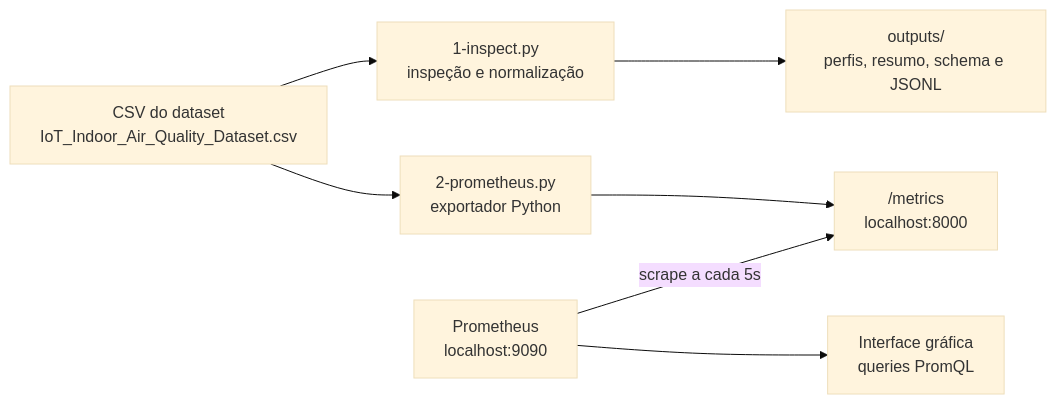
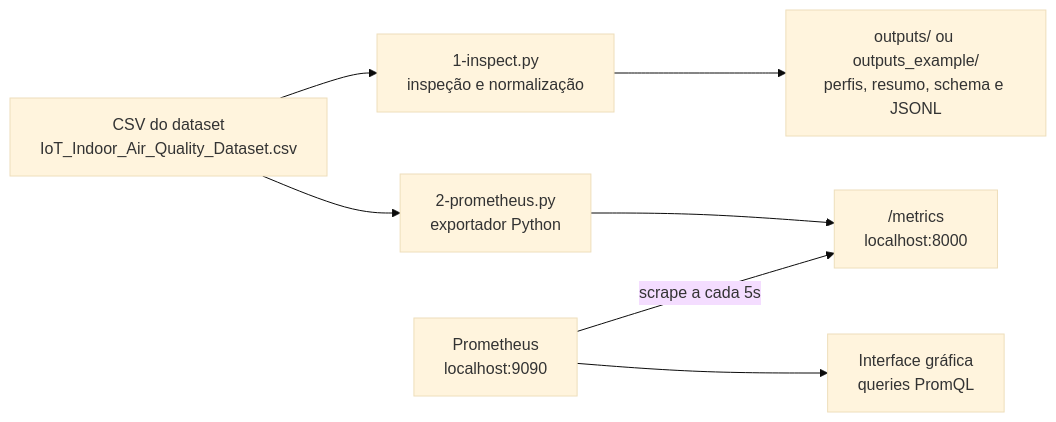
One commit to JunioCesarFerreira/opaIOT_2026 changed the diagram in Modulo_3/Aula_1_datasets/README.md. Above: the diagram before and after it, drawn with Mermaid (base theme). The commit also changed other lines of this file and 2 other files, not shown here.

````diff
--- a/Modulo_3/Aula_1_datasets/README.md
+++ b/Modulo_3/Aula_1_datasets/README.md
@@ -61,17 +62,17 @@
 ```mermaid
 flowchart LR
     CSV["CSV do dataset<br/>IoT_Indoor_Air_Quality_Dataset.csv"]
     INSPECT["1-inspect.py<br/>inspeção e normalização"]
-    OUTPUTS["outputs/<br/>perfis, resumo, schema e JSONL"]
+    OUTPUTS["outputs/ ou outputs_example/<br/>perfis, resumo, schema e JSONL"]
     EXPORTER["2-prometheus.py<br/>exportador Python"]
     METRICS["/metrics<br/>localhost:8000"]
     PROM["Prometheus<br/>localhost:9090"]
     UI["Interface gráfica<br/>queries PromQL"]
 
     CSV --> INSPECT
     INSPECT --> OUTPUTS
     CSV --> EXPORTER
     EXPORTER --> METRICS
     PROM -- scrape a cada 5s --> METRICS
     PROM --> UI
 ```
````
